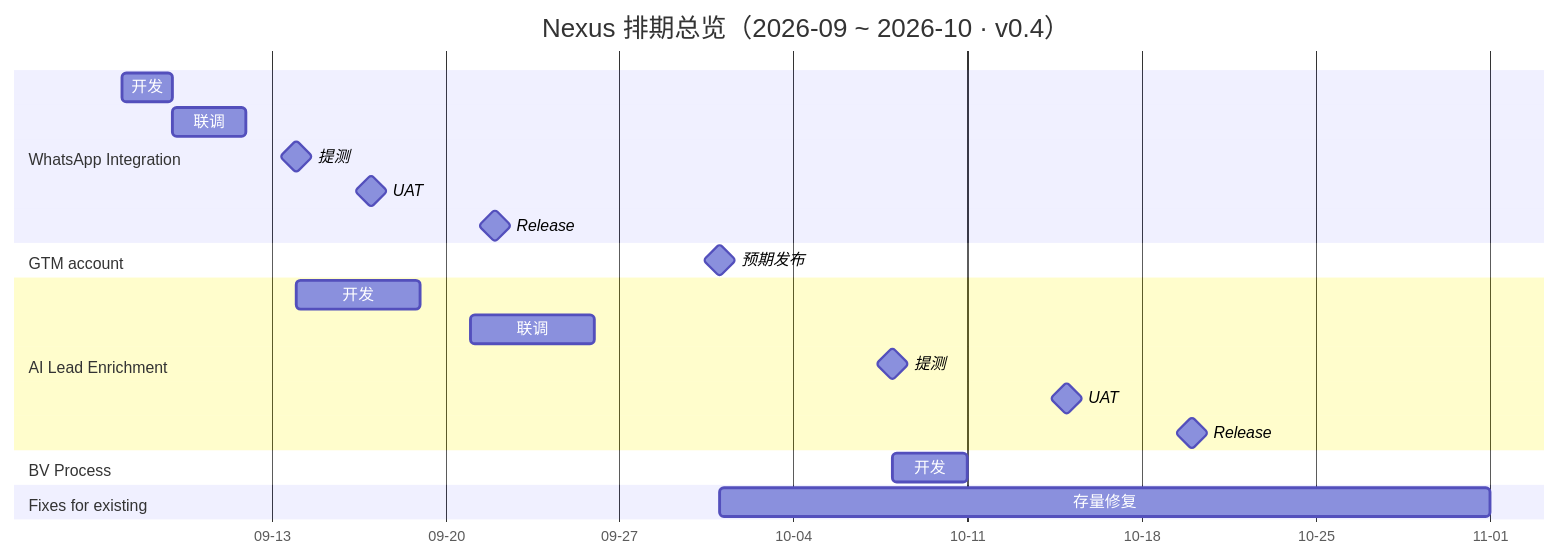
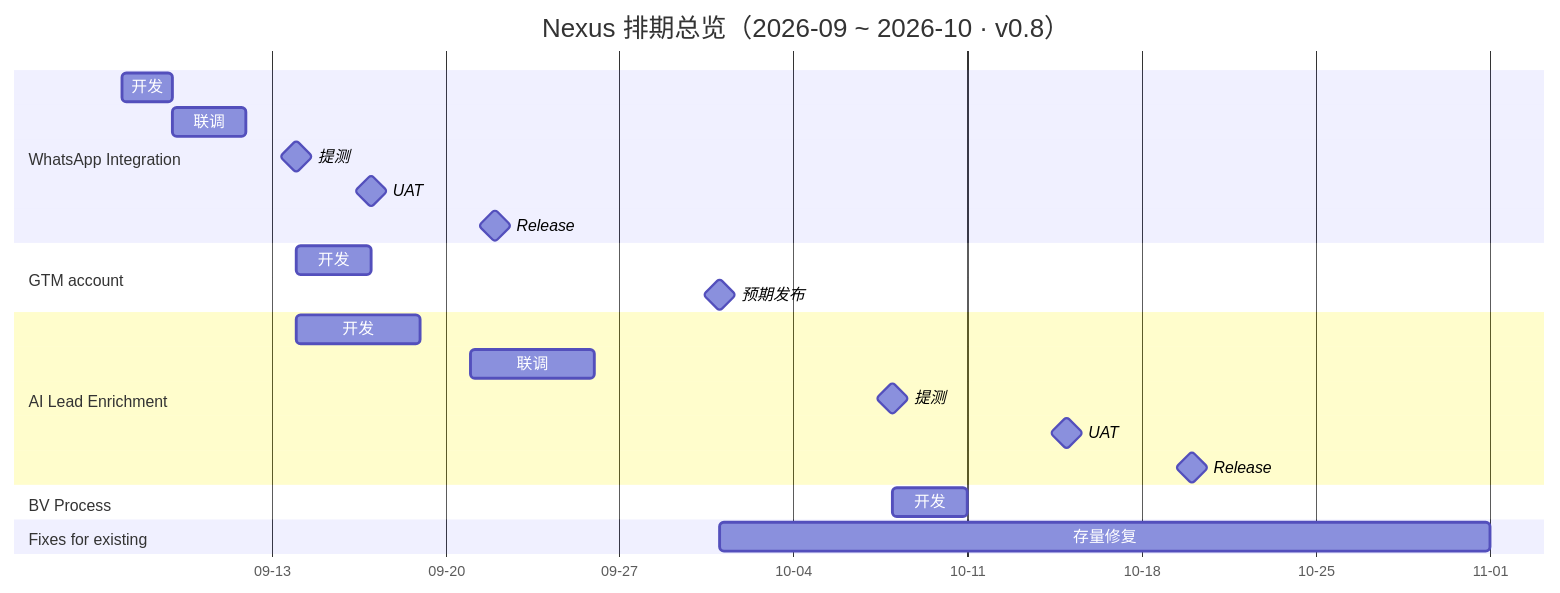
Before and after one commit to junyang-visable/my-ai: the diagram in docs/nexus/ROADMAP.md, drawn with Mermaid. The commit also changed other lines of this file and 1 other file, not shown here.

First line of the commit message:
docs(nexus): roadmap v0.9 — stage-based colors, Aug 24 timeline start, GTM dev bar

````diff
--- a/docs/nexus/ROADMAP.md
+++ b/docs/nexus/ROADMAP.md
@@ -11,25 +11,26 @@
 ```mermaid
 gantt
-    title Nexus 排期总览（2026-09 ~ 2026-10 · v0.4）
+    title Nexus 排期总览（2026-09 ~ 2026-10 · v0.8）
     dateFormat YYYY-MM-DD
     axisFormat %m-%d
     todayMarker off
     section WhatsApp Integration
     开发    :2026-09-07, 2d
     联调    :2026-09-09, 3d
     提测    :milestone, 2026-09-14, 0d
     UAT     :milestone, 2026-09-17, 0d
     Release :milestone, 2026-09-22, 0d
     section GTM account
+    开发    :2026-09-14, 3d
     预期发布 :milestone, 2026-10-01, 0d
     section AI Lead Enrichment
     开发    :2026-09-14, 5d
     联调    :2026-09-21, 5d
     提测    :milestone, 2026-10-08, 0d
     UAT     :milestone, 2026-10-15, 0d
     Release :milestone, 2026-10-20, 0d
     section BV Process
     开发    :2026-10-08, 3d
     section Fixes for existing
     存量修复 :2026-10-01, 31d
 ```
````
